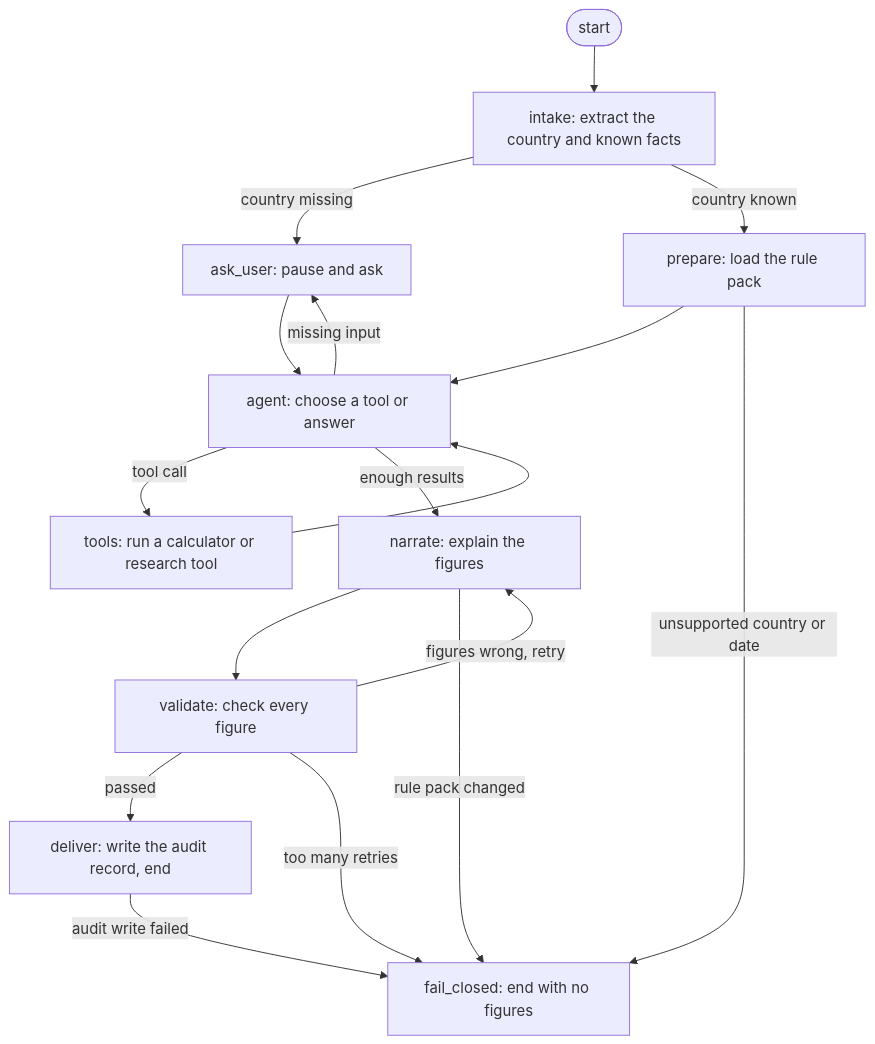
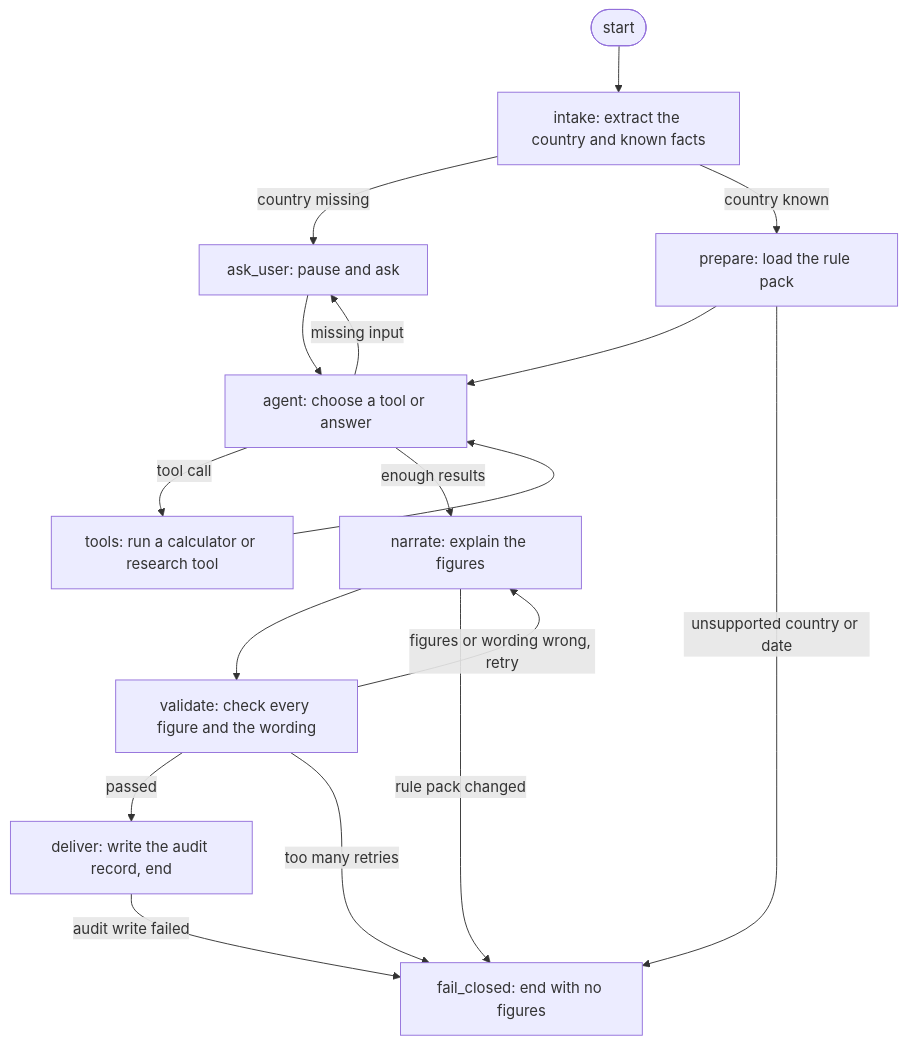
The diagram in README.md (aybruhm/assay), drawn with Mermaid before and after one commit. The commit also changed other lines of this file and 6 other files, not shown here.

Commit message:
feat (graph): reject recommendation language in reports

````diff
--- a/README.md
+++ b/README.md
@@ -52,19 +52,19 @@
 ```mermaid
 flowchart TD
     Start([start]) --> intake[intake: extract the country and known facts]
     intake -->|country missing| ask[ask_user: pause and ask]
     intake -->|country known| prepare[prepare: load the rule pack]
     prepare --> agent[agent: choose a tool or answer]
     agent -->|tool call| tools[tools: run a calculator or research tool]
     tools --> agent
     agent -->|missing input| ask
     ask --> agent
     agent -->|enough results| narrate[narrate: explain the figures]
-    narrate --> validate[validate: check every figure]
+    narrate --> validate[validate: check every figure and the wording]
     narrate -->|rule pack changed| fail
     validate -->|passed| deliver[deliver: write the audit record, end]
-    validate -->|figures wrong, retry| narrate
+    validate -->|figures or wording wrong, retry| narrate
     validate -->|too many retries| fail[fail_closed: end with no figures]
     prepare -->|unsupported country or date| fail
     deliver -->|audit write failed| fail
 ```
````
